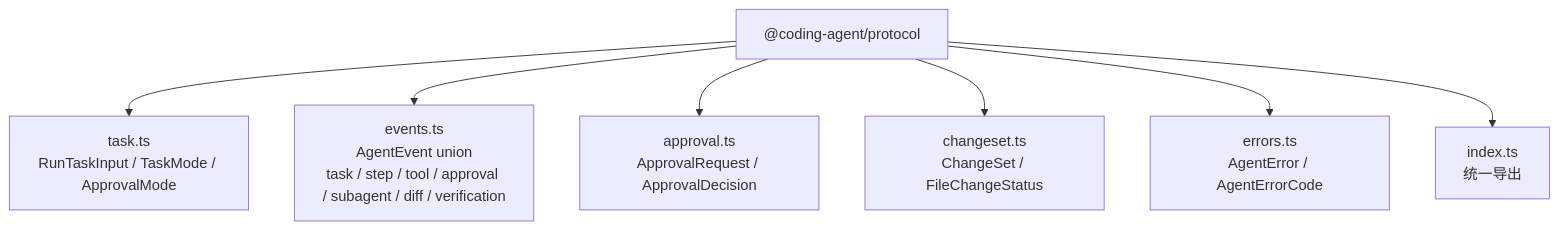
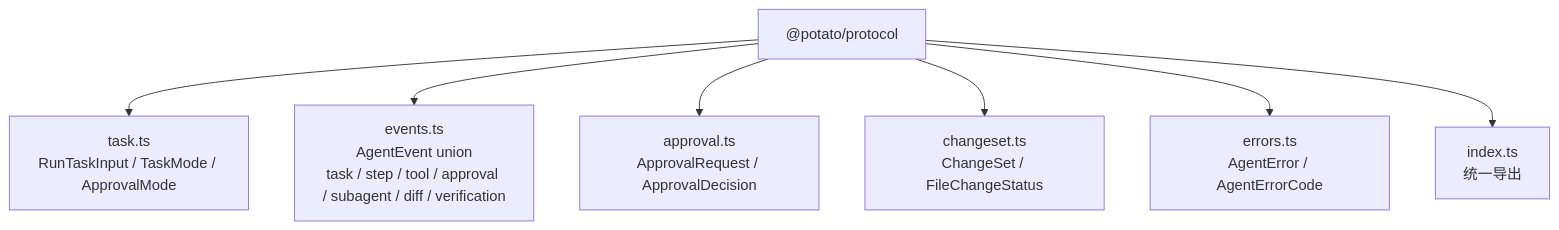
The third of 6 diagrams in wiki/architecture.md (CrazyMrYan/potato-agent), drawn with Mermaid before and after one commit. The commit also changed other lines of this file and 55 other files, not shown here.

````diff
--- a/wiki/architecture.md
+++ b/wiki/architecture.md
@@ -113,10 +113,10 @@
 ```mermaid
 flowchart TB
-    Protocol["@coding-agent/protocol"]
+    Protocol["@potato/protocol"]
     Protocol --> Task["task.ts<br/>RunTaskInput / TaskMode / ApprovalMode"]
     Protocol --> Events["events.ts<br/>AgentEvent union<br/>task / step / tool / approval / subagent / diff / verification"]
     Protocol --> Approval["approval.ts<br/>ApprovalRequest / ApprovalDecision"]
     Protocol --> Changeset["changeset.ts<br/>ChangeSet / FileChangeStatus"]
     Protocol --> Errors["errors.ts<br/>AgentError / AgentErrorCode"]
     Protocol --> Index["index.ts<br/>统一导出"]
 ```
````
